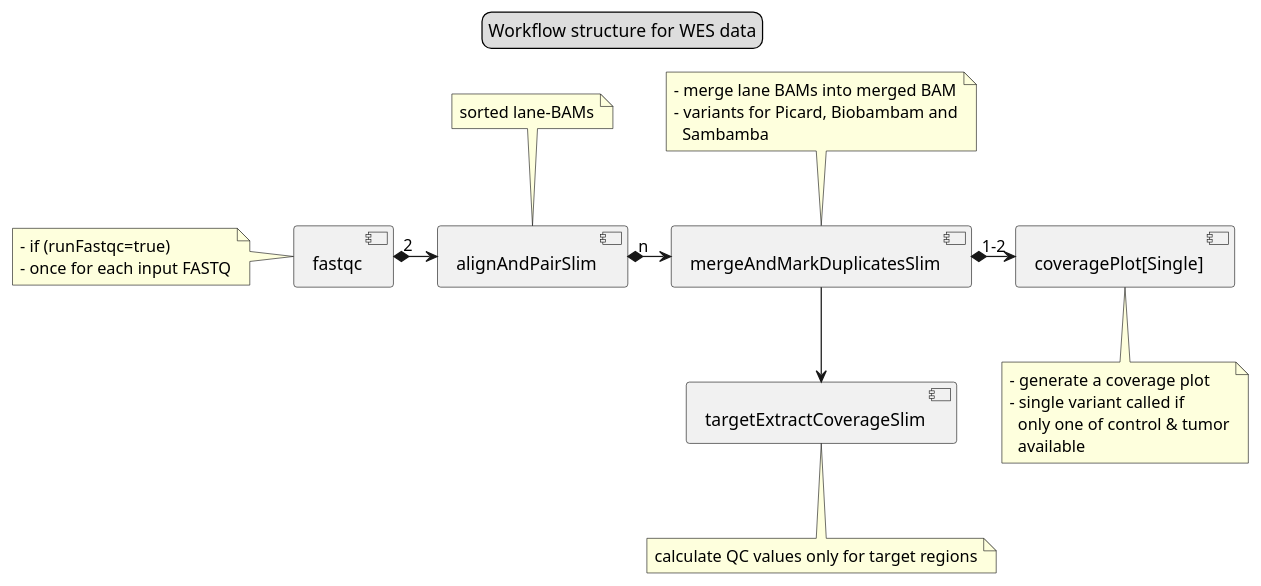
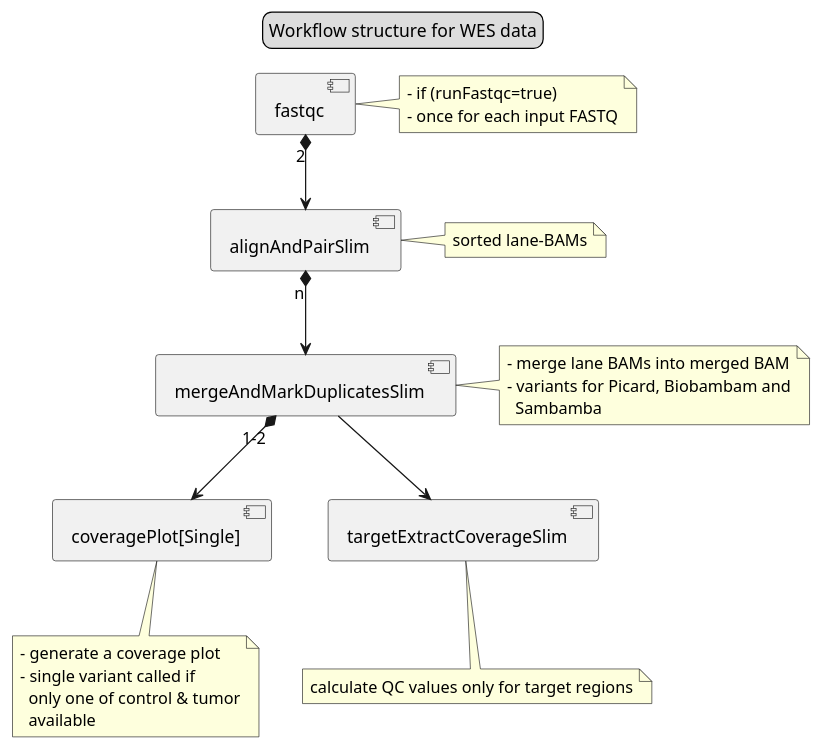
Before and after one commit to DKFZ-ODCF/AlignmentAndQCWorkflows: the diagram in docs/images/jobs-wes.puml, drawn with PlantUML. The commit also changed 2 other files, not shown here.

Commit message:
Changed the orientation of the job graphs.

```diff
--- a/docs/images/jobs-wes.puml
+++ b/docs/images/jobs-wes.puml
@@ -1,44 +1,44 @@
 @startuml
 
 [fastqc]
-note left of [fastqc]
+note right of [fastqc]
   - if (runFastqc=true)
   - once for each input FASTQ
 endnote
 
 component alignAndPairSlim as align
-note top of [align] : sorted lane-BAMs
+note right of [align] : sorted lane-BAMs
 
 component mergeAndMarkDuplicatesSlim as merge
-note top of [merge]
+note right of [merge]
   - merge lane BAMs into merged BAM
   - variants for Picard, Biobambam and
     Sambamba
 endnote
 
 component "coveragePlot[Single]" as plot
 note bottom of [plot]
   - generate a coverage plot
   - single variant called if
     only one of control & tumor
     available
 endnote
 
 component targetExtractCoverageSlim as extract
 note bottom of [extract]
   calculate QC values only for target regions
 endnote
 
-[fastqc] "2" *-right-> [align]
+[fastqc] "2" *-down-> [align]
 
-[align] "n" *-right-> [merge]
+[align] "n" *-down-> [merge]
 
-[merge] "1-2" *-right-> [plot]
+[merge] "1-2" *-down-> [plot]
 
-[merge] --> [extract]
+[merge] -down-> [extract]
 
 legend top
   Workflow structure for WES data
 endlegend
 
 @enduml
```
